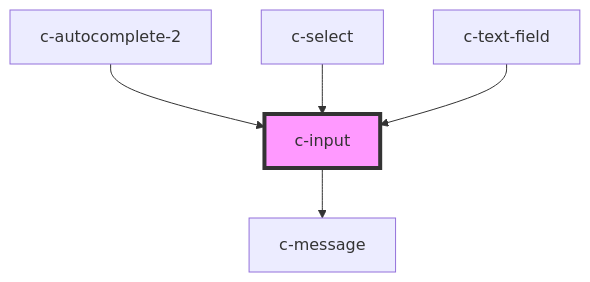
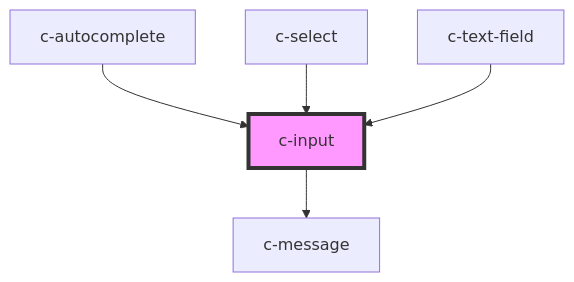
One commit to CSCfi/ui changed the diagram in packages/csc-ui/src/components/c-input/readme.md. Above: the diagram before and after it, drawn with Mermaid. The commit also changed other lines of this file and 67 other files, not shown here.

````diff
--- a/packages/csc-ui/src/components/c-input/readme.md
+++ b/packages/csc-ui/src/components/c-input/readme.md
@@ -62,8 +62,8 @@
 ```mermaid
 graph TD;
   c-input --> c-message
-  c-autocomplete-2 --> c-input
+  c-autocomplete --> c-input
   c-select --> c-input
   c-text-field --> c-input
   style c-input fill:#f9f,stroke:#333,stroke-width:4px
 ```
````
